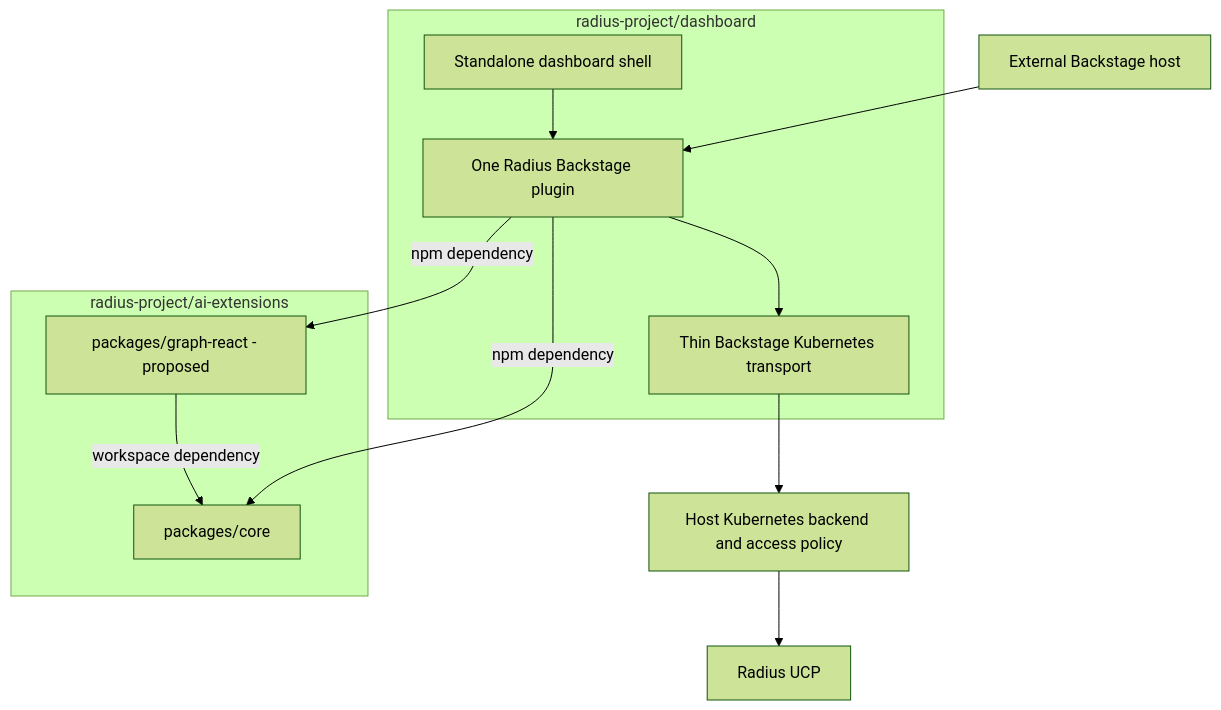
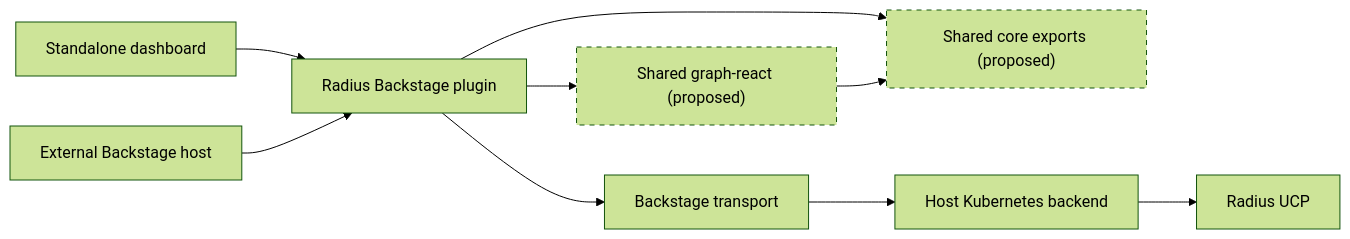
One commit to radius-project/dashboard changed the first of 2 diagrams in docs/design/2026-09-radius-backstage-plugin.md. Above: the diagram before and after it, drawn with Mermaid (forest theme). The commit also changed other lines of this file and 2 other files, not shown here.

First line of the commit message:
docs: consolidate Backstage migration review

````diff
--- a/docs/design/2026-09-radius-backstage-plugin.md
+++ b/docs/design/2026-09-radius-backstage-plugin.md
@@ -147,20 +91,13 @@
 ```mermaid
-flowchart TD
-    subgraph DashboardRepo["radius-project/dashboard"]
-        Standalone["Standalone dashboard shell"]
-        Plugin["One Radius Backstage plugin"]
-        Transport["Thin Backstage Kubernetes transport"]
-    end
-    subgraph SharedRepo["radius-project/ai-extensions"]
-        ReactUI["packages/graph-react - proposed"]
-        Core["packages/core"]
-    end
-    Standalone --> Plugin
+flowchart LR
+    App["Standalone dashboard"] --> Plugin["Radius Backstage plugin"]
     Host["External Backstage host"] --> Plugin
-    Plugin -->|npm dependency| ReactUI
-    Plugin -->|npm dependency| Core
-    Plugin --> Transport
-    Transport --> Kube["Host Kubernetes backend and access policy"]
-    Kube --> UCP["Radius UCP"]
-    ReactUI -->|workspace dependency| Core
+    Plugin --> Graph["Shared graph-react (proposed)"]
+    Plugin --> Core["Shared core exports (proposed)"]
+    Graph --> Core
+    Plugin --> Transport["Backstage transport"]
+    Transport --> Proxy["Host Kubernetes backend"]
+    Proxy --> UCP["Radius UCP"]
+    classDef proposed stroke-dasharray: 5 5
+    class Graph,Core proposed
 ```
````
